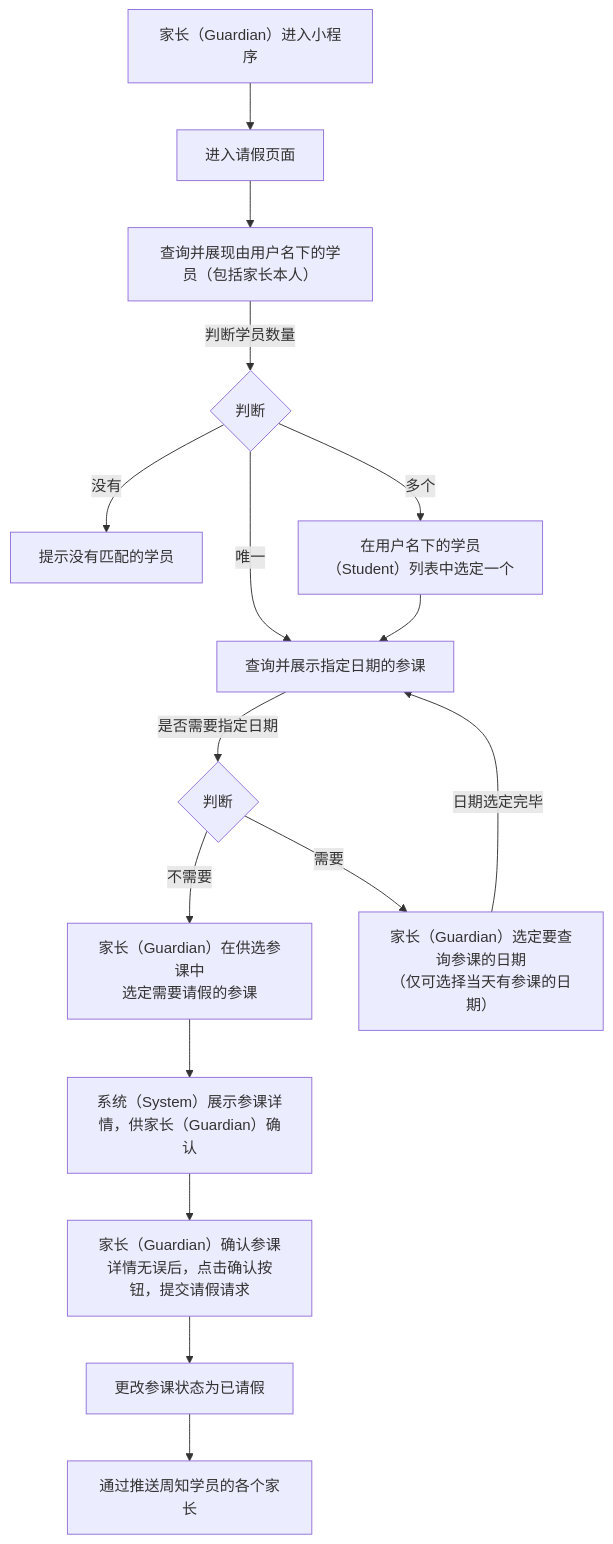
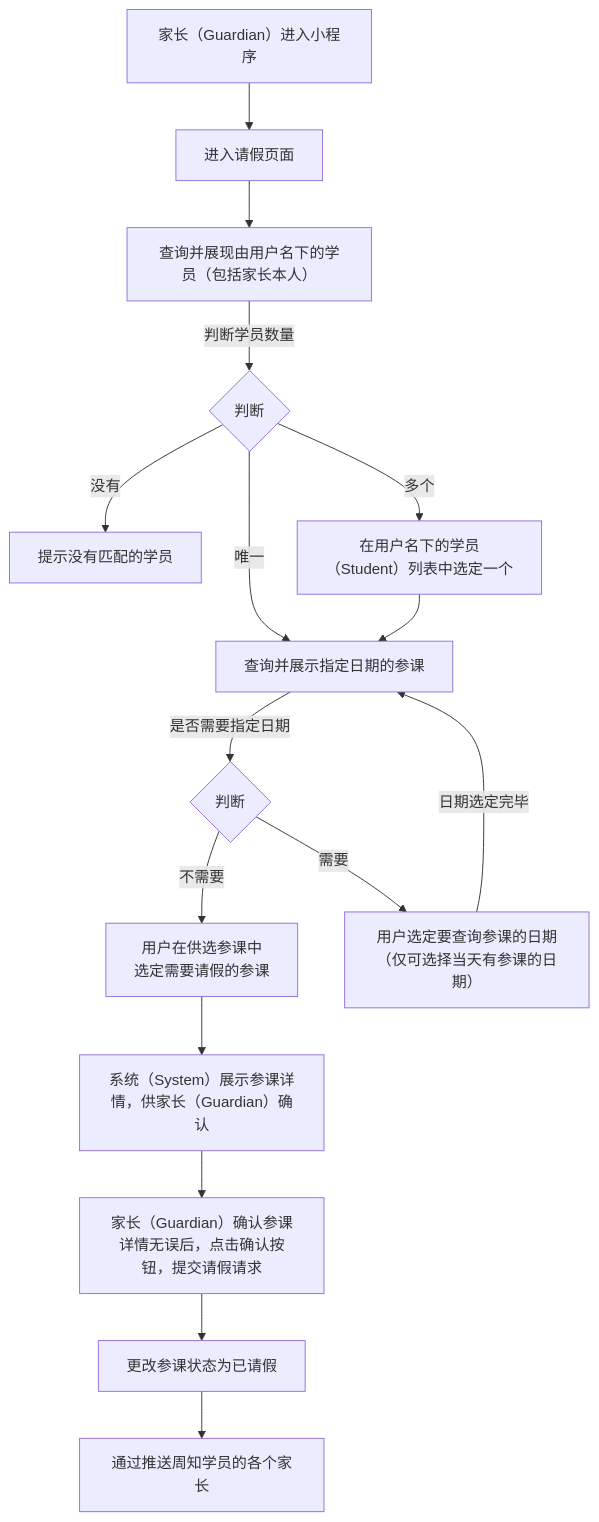
The diagram in 用例/请假.md (world-wide-web/sign), drawn with Mermaid before and after one commit. The commit also changed other lines of this file, not shown here.

````diff
--- a/用例/请假.md
+++ b/用例/请假.md
@@ -7,52 +7,52 @@
 ```mermaid
 graph TD
 
 进入小程序-->进入请假页面
 
 进入请假页面-->查询并展现由用户名下的学员
 
 查询并展现由用户名下的学员--判断学员数量-->判断学员数量
 
 判断学员数量--没有-->提示没有匹配的学员
 
 判断学员数量--唯一-->查询并展示指定日期的参课
 
 判断学员数量--多个-->选定学员
 
 选定学员-->查询并展示指定日期的参课
 
 查询并展示指定日期的参课--是否需要指定日期-->决定是否需要指定日期
 
 决定是否需要指定日期--不需要-->选定参课
 
 决定是否需要指定日期--需要-->选定日期
 
 选定日期--日期选定完毕-->查询并展示指定日期的参课
 
 选定参课-->展示参课详情
 
 展示参课详情-->提交请假请求
 
 提交请假请求-->更改参课状态为已请假
 
 更改参课状态为已请假-->通过推送周知学员的各个家长
 
 进入小程序["<center>家长（Guardian）进入小程序</center>"]
 
 查询并展现由用户名下的学员["<center>查询并展现由用户名下的学员（包括家长本人）</center>"]
 
 判断学员数量{"<center>判断</center>"}
 
 选定学员["<center>在用户名下的学员（Student）列表中选定一个</center>"]
 
 决定是否需要指定日期{"<center>判断</center>"}
 
-选定日期["<center>家长（Guardian）选定要查询参课的日期<br>（仅可选择当天有参课的日期）</center>"]
+选定日期["<center>用户选定要查询参课的日期<br>（仅可选择当天有参课的日期）</center>"]
 
-选定参课["<center>家长（Guardian）在供选参课中<br>选定需要请假的参课</center>"]
+选定参课["<center>用户在供选参课中<br>选定需要请假的参课</center>"]
 
 展示参课详情["<center>系统（System）展示参课详情，供家长（Guardian）确认</center>"]
 
 提交请假请求["<center>家长（Guardian）确认参课详情无误后，点击确认按钮，提交请假请求</center>"]
 
 ```
````
